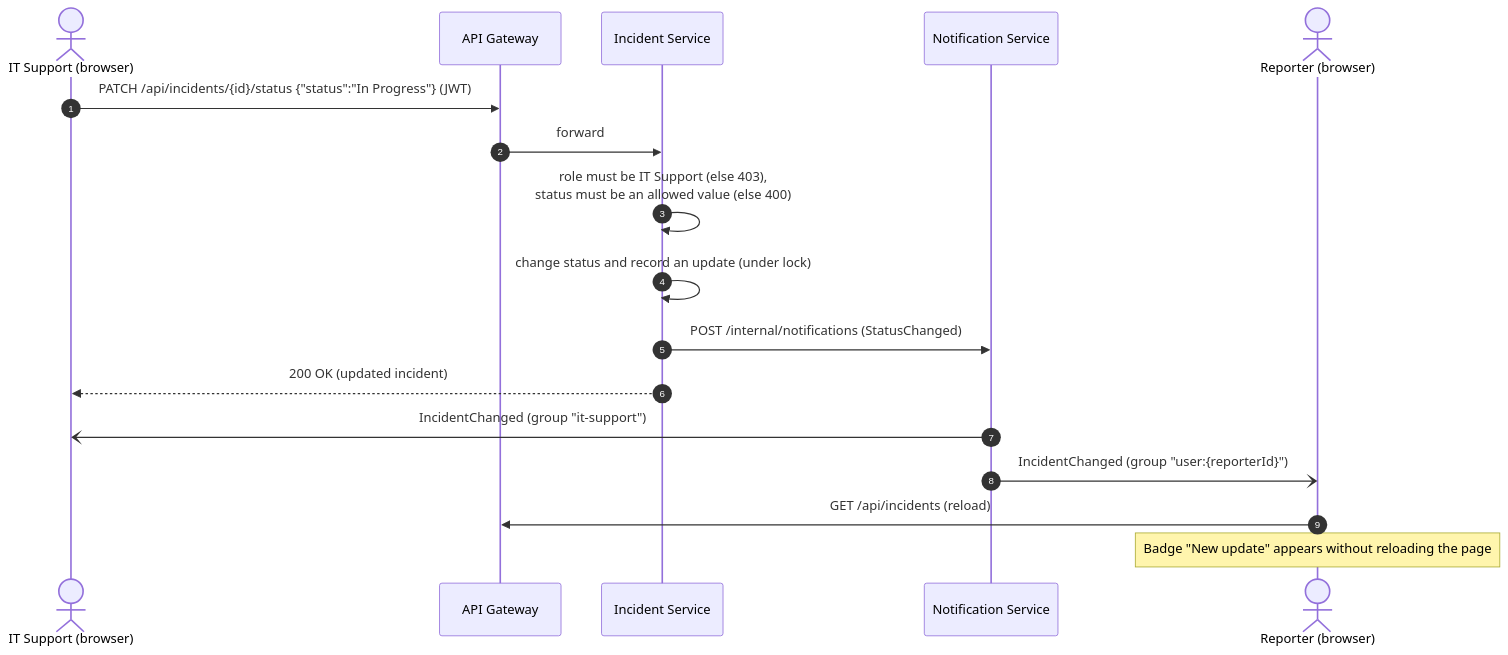
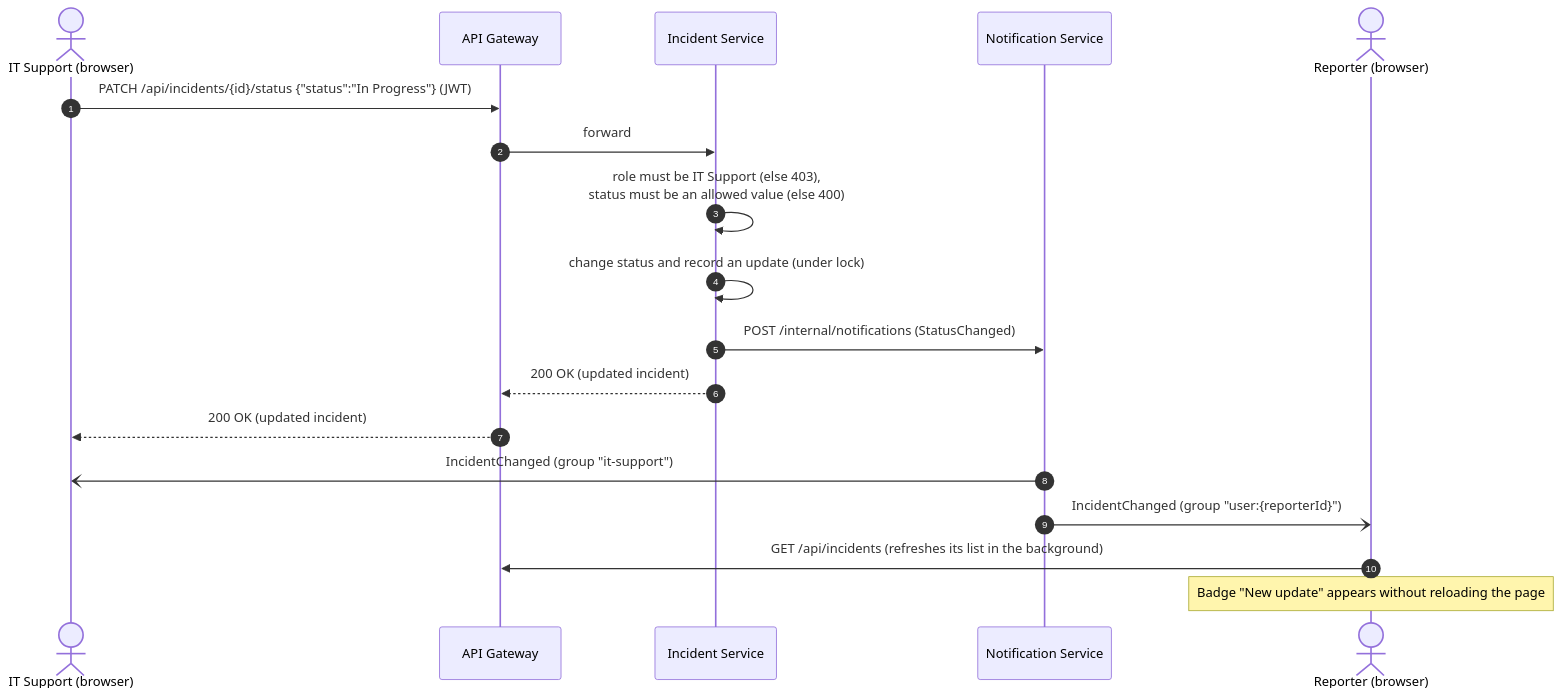
Before and after one commit to merictopal/incident-management-system: the diagram in project/docs/diagrams/09-status-change-sequence.mmd, drawn with Mermaid. The commit also changed 16 other files, not shown here.

Commit message:
Align diagrams with the course diagram rules and the code

```diff
--- a/project/docs/diagrams/09-status-change-sequence.mmd
+++ b/project/docs/diagrams/09-status-change-sequence.mmd
@@ -1,18 +1,19 @@
 sequenceDiagram
     autonumber
     actor IT as IT Support (browser)
     participant G as API Gateway
     participant I as Incident Service
     participant N as Notification Service
     actor E as Reporter (browser)
 
     IT->>G: PATCH /api/incidents/{id}/status {"status":"In Progress"} (JWT)
     G->>I: forward
     I->>I: role must be IT Support (else 403),<br/>status must be an allowed value (else 400)
     I->>I: change status and record an update (under lock)
     I->>N: POST /internal/notifications (StatusChanged)
-    I-->>IT: 200 OK (updated incident)
+    I-->>G: 200 OK (updated incident)
+    G-->>IT: 200 OK (updated incident)
     N-)IT: IncidentChanged (group "it-support")
     N-)E: IncidentChanged (group "user:{reporterId}")
-    E->>G: GET /api/incidents (reload)
+    E->>G: GET /api/incidents (refreshes its list in the background)
     Note over E: Badge "New update" appears without reloading the page
```
